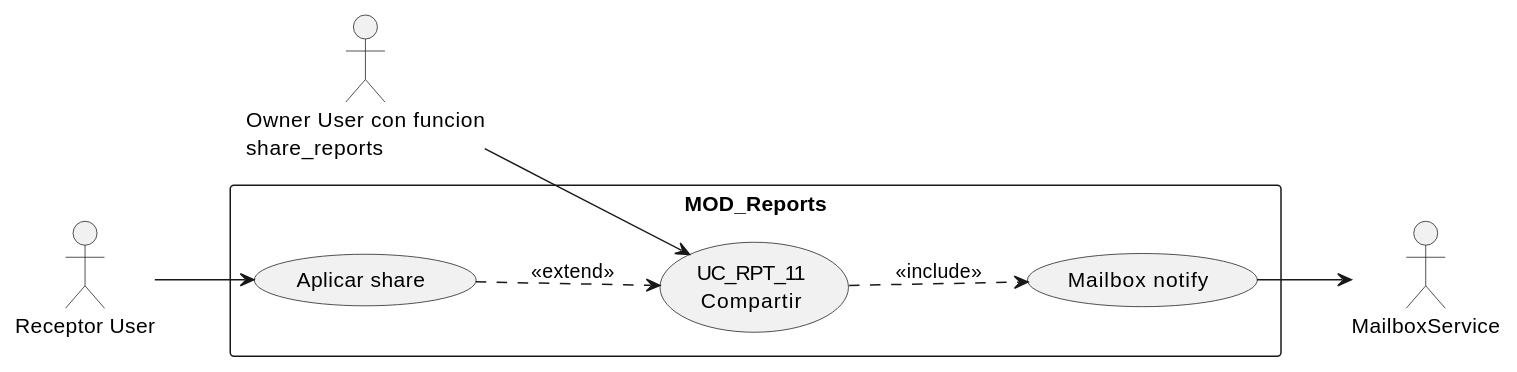
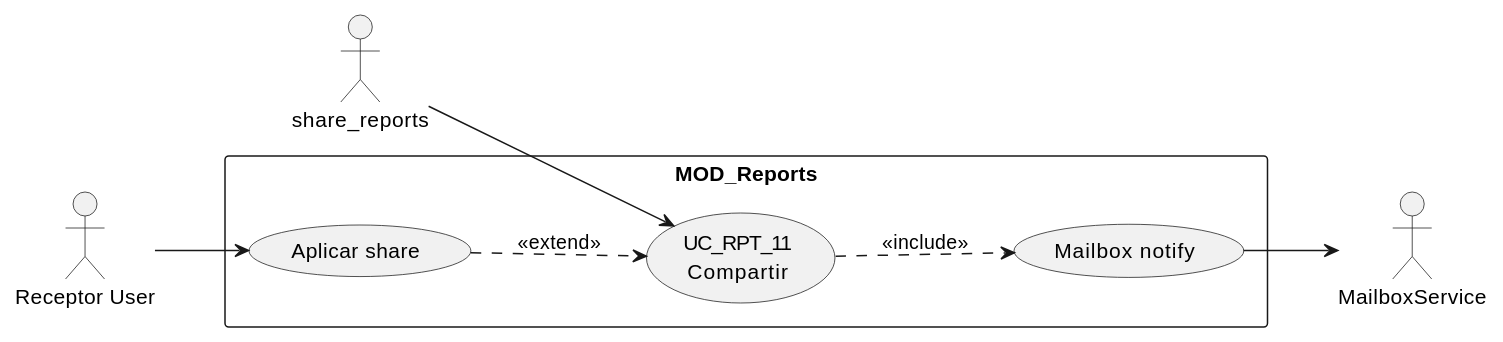
Before and after one commit to jcg-admin/IACT-docs: the first of 4 diagrams in source/requisitos/casos-uso/reports/uc-rpt-11/diagramas-uml.rst, drawn with PlantUML. The commit also changed 77 other files, not shown here.

First line of the commit message:
Enforce RBAC function names as actors in all UML diagrams

```diff
--- a/source/requisitos/casos-uso/reports/uc-rpt-11/diagramas-uml.rst
+++ b/source/requisitos/casos-uso/reports/uc-rpt-11/diagramas-uml.rst
@@ -10,20 +10,20 @@
 .. uml::
 
  @startuml
  left to right direction
- actor "Owner User con funcion\nshare_reports" as O
+ actor "share_reports" as O
  actor "Receptor User" as R
  actor "MailboxService" as MB
 
  rectangle "MOD_Reports" {
    usecase "UC_RPT_11\nCompartir" as UC11
    usecase "Aplicar share" as APP
    usecase "Mailbox notify" as N
  }
 
  O --> UC11
  UC11 ..> N : <<include>>
  N --> MB
  R --> APP
  APP ..> UC11 : <<extend>>
  @enduml
```
